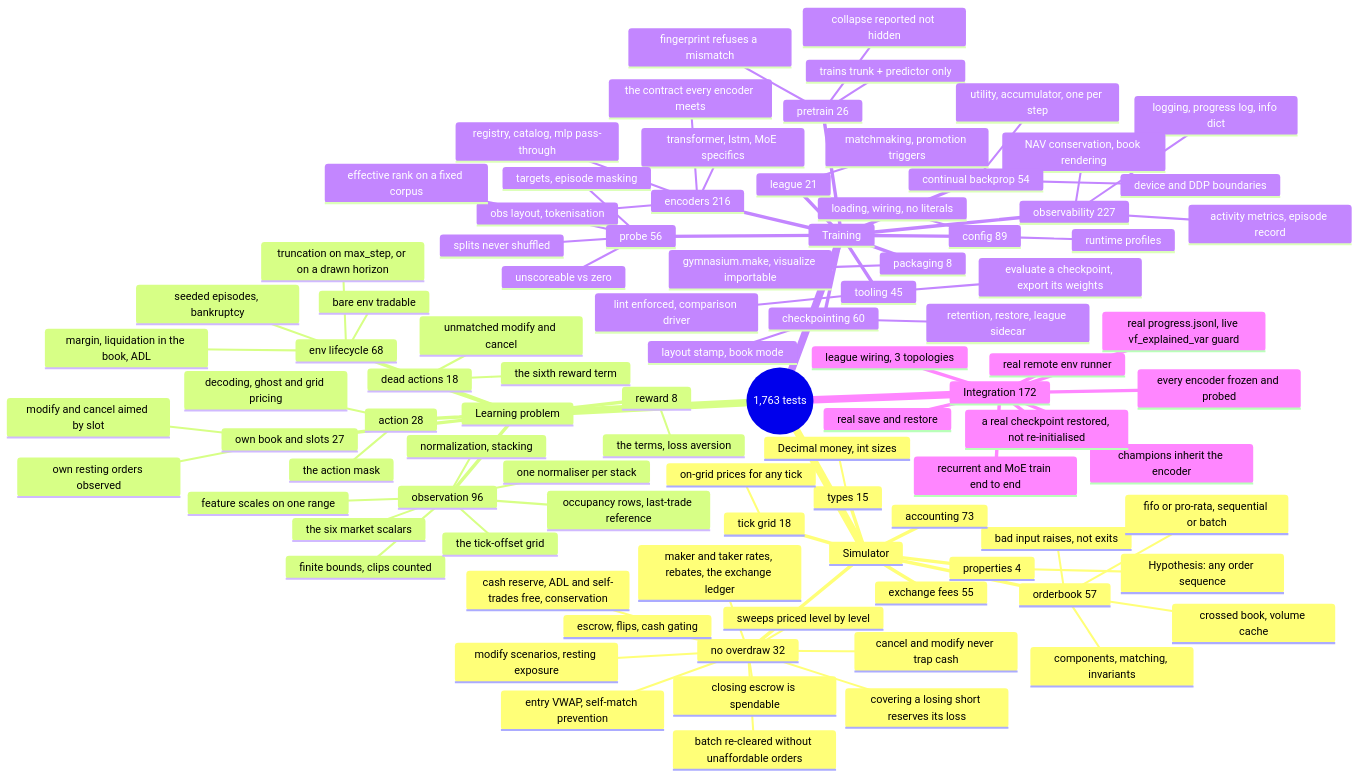
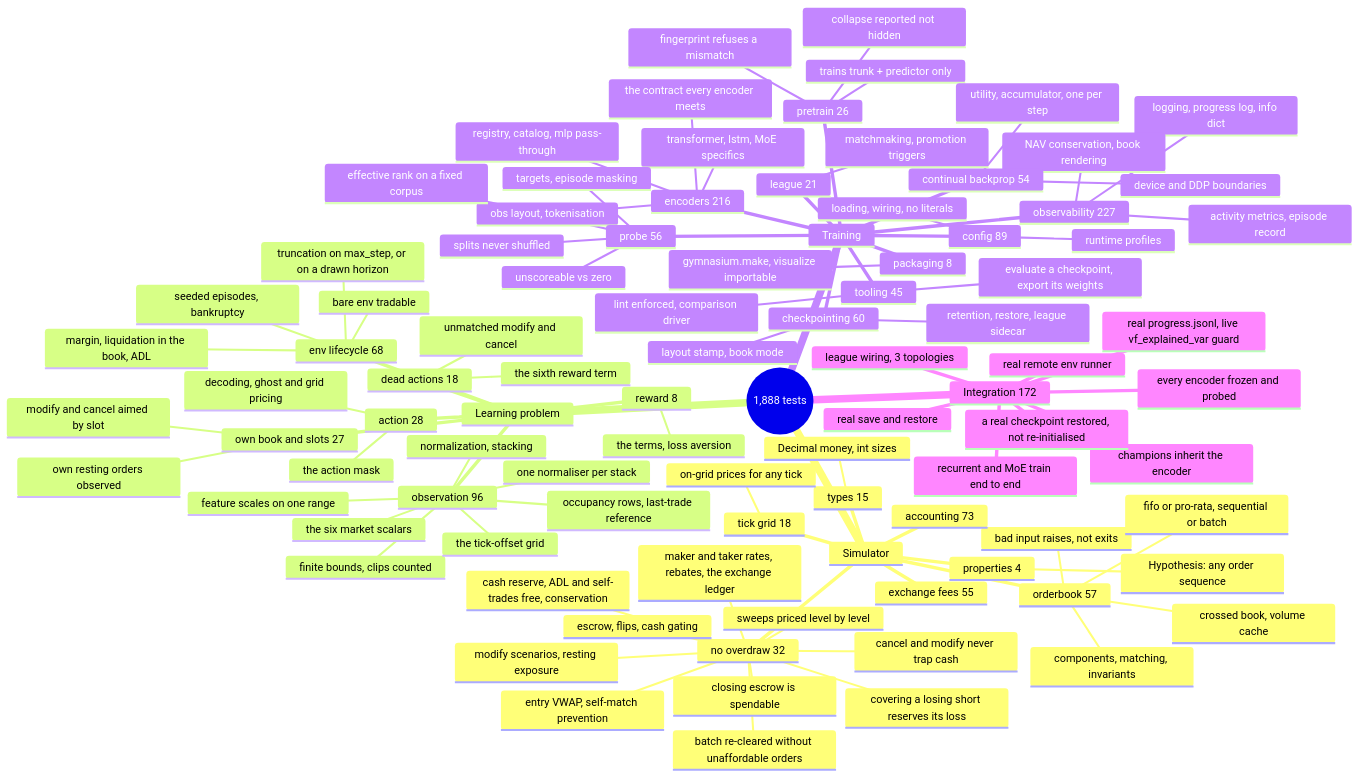
The diagram in doc/10_testing.md (ChuaCheowHuan/gym-continuousDoubleAuction), drawn with Mermaid before and after one commit. The commit also changed other lines of this file and 8 other files, not shown here.

````diff
--- a/doc/10_testing.md
+++ b/doc/10_testing.md
@@ -156,6 +160,6 @@
 ```mermaid
 mindmap
-  root((1,763 tests))
+  root((1,888 tests))
     Simulator
       orderbook 57
         components, matching, invariants
````
